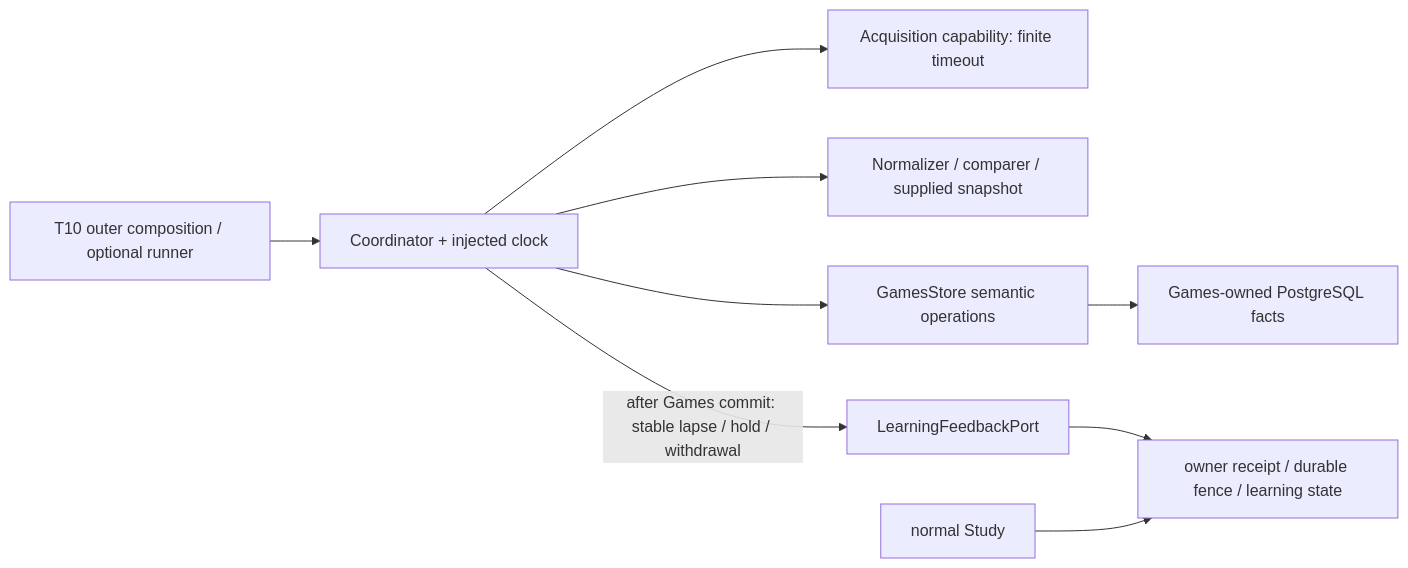
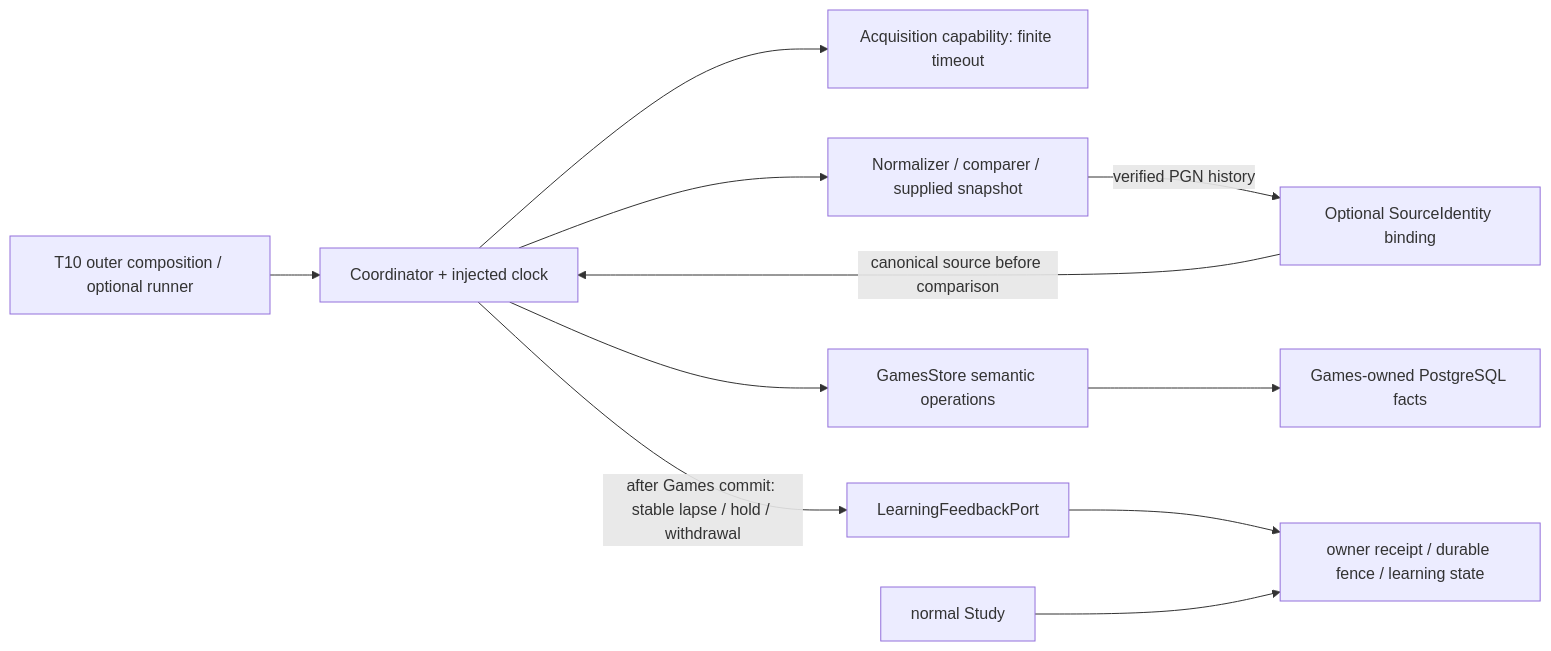
One commit to aaweaver-actuary/tempo changed the second of 4 diagrams in backend/app/games/feedback/README.md. Above: the diagram before and after it, drawn with Mermaid. The commit also changed other lines of this file and 9 other files, not shown here.

Commit message:
Bind provider feedback to retained canonical source identity

````diff
--- a/backend/app/games/feedback/README.md
+++ b/backend/app/games/feedback/README.md
@@ -111,11 +121,13 @@
 ```mermaid
 flowchart LR
   Runtime["T10 outer composition / optional runner"] --> C["Coordinator + injected clock"]
   C --> Provider["Acquisition capability: finite timeout"]
   C --> Pure["Normalizer / comparer / supplied snapshot"]
+  Pure -->|"verified PGN history"| Identity["Optional SourceIdentity binding"]
+  Identity -->|"canonical source before comparison"| C
   C --> Store["GamesStore semantic operations"]
   Store --> PG["Games-owned PostgreSQL facts"]
   C -->|"after Games commit: stable lapse / hold / withdrawal"| Owner["LearningFeedbackPort"]
   Owner --> Receipt["owner receipt / durable fence / learning state"]
   Study["normal Study"] --> Receipt
 ```
````
